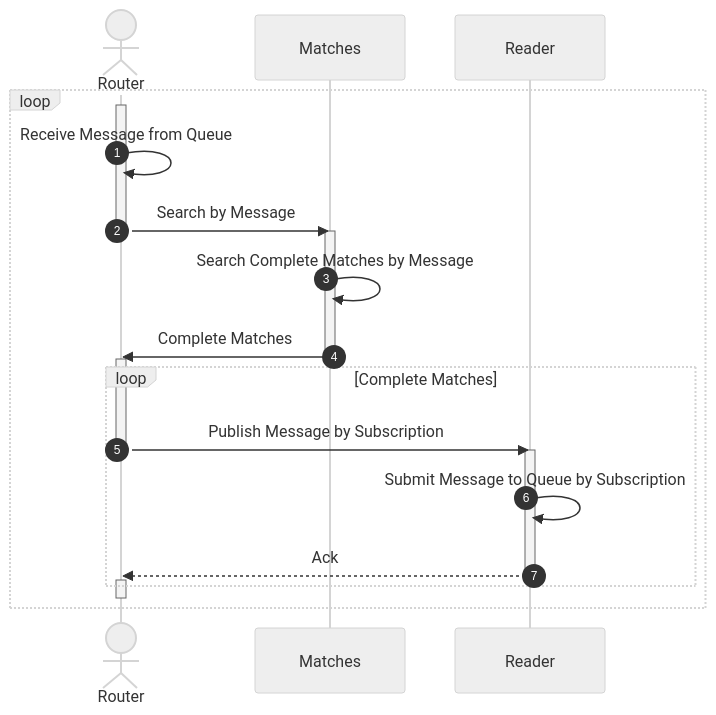
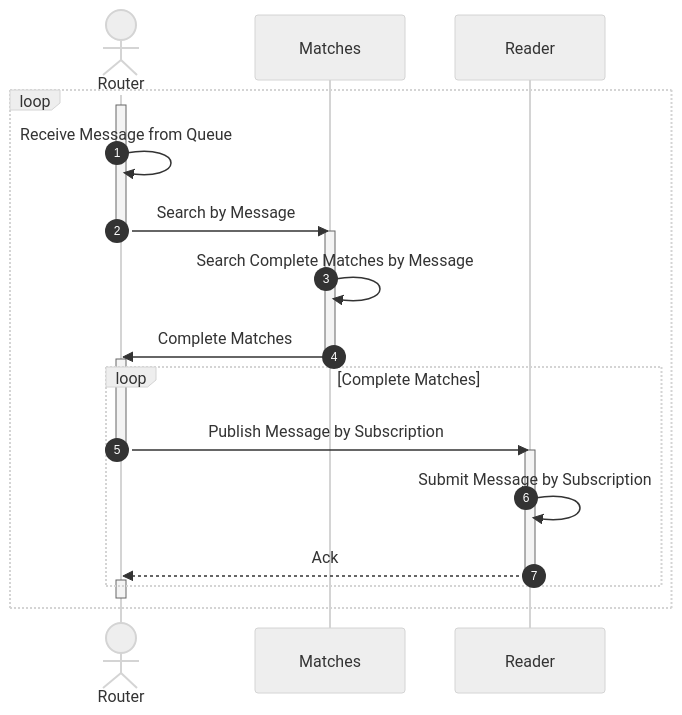
One commit to awakari/.github changed the second of 2 diagrams in profile/README.md. Above: the diagram before and after it, drawn with Mermaid. The commit also changed 2 other files, not shown here.

Commit message:
readme update

````diff
--- a/profile/README.md
+++ b/profile/README.md
@@ -192,40 +192,40 @@
 ```mermaid
 %%{init: {'theme': 'neutral' } }%%
 sequenceDiagram
 
     autonumber
 
     actor Router
     participant Matches
     participant Reader
 
     loop
         
         activate Router
         Router->>Router: Receive Message from Queue
         Router->>Matches: Search by Message
         deactivate Router
         
         activate Matches
         Matches->>Matches: Search Complete Matches by Message 
         Matches->>Router: Complete Matches
         deactivate Matches
         
         activate Router
         loop Complete Matches
             
             Router->>Reader: Publish Message by Subscription
             deactivate Router
             
             activate Reader
-            Reader->>Reader: Submit Message to Queue by Subscription
+            Reader->>Reader: Submit Message by Subscription
             Reader-->>Router: Ack
             deactivate Reader
             
             activate Router
                        
         end
         deactivate Router
         
     end
 ```
````
